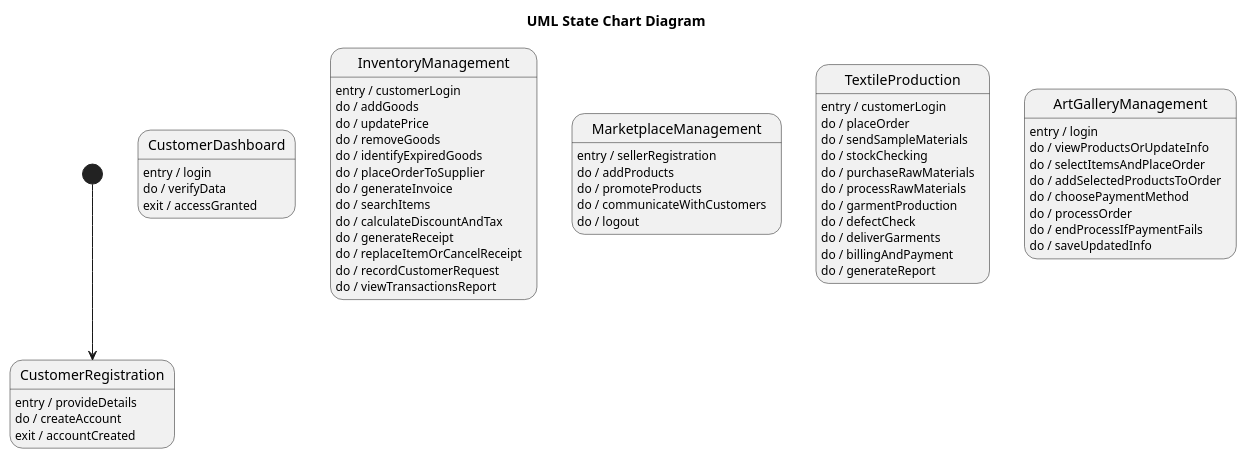
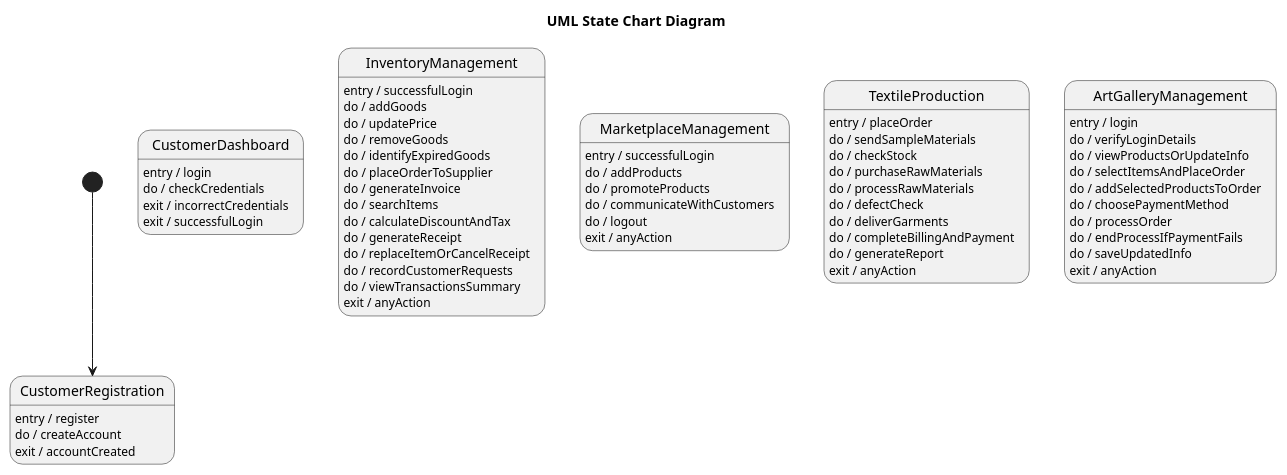
One commit to maimunafaria/State_transition_Diagram_generated_by_LLM changed the diagram in results/plantuml_pipeline_run3/runs/open_source__mistral__rag/case_02_inventory/run_01.initial.puml. Above: the diagram before and after it, drawn with PlantUML. The commit also changed 155 other files, not shown here.

```diff
--- a/results/plantuml_pipeline_run3/runs/open_source__mistral__rag/case_02_inventory/run_01.initial.puml
+++ b/results/plantuml_pipeline_run3/runs/open_source__mistral__rag/case_02_inventory/run_01.initial.puml
@@ -1,59 +1,62 @@
 @startuml
 title UML State Chart Diagram
 
 [*] --> CustomerRegistration
-CustomerRegistration : entry / provideDetails
+CustomerRegistration : entry / register
 CustomerRegistration : do / createAccount
 CustomerRegistration : exit / accountCreated
 
 state CustomerDashboard
 CustomerDashboard : entry / login
-CustomerDashboard : do / verifyData
-CustomerDashboard : exit / accessGranted
+CustomerDashboard : do / checkCredentials
+CustomerDashboard : exit / incorrectCredentials
+CustomerDashboard : exit / successfulLogin
 
 state InventoryManagement
-InventoryManagement : entry / customerLogin
+InventoryManagement : entry / successfulLogin
 InventoryManagement : do / addGoods
 InventoryManagement : do / updatePrice
 InventoryManagement : do / removeGoods
 InventoryManagement : do / identifyExpiredGoods
 InventoryManagement : do / placeOrderToSupplier
 InventoryManagement : do / generateInvoice
 InventoryManagement : do / searchItems
 InventoryManagement : do / calculateDiscountAndTax
 InventoryManagement : do / generateReceipt
 InventoryManagement : do / replaceItemOrCancelReceipt
-InventoryManagement : do / recordCustomerRequest
-InventoryManagement : do / viewTransactionsReport
+InventoryManagement : do / recordCustomerRequests
+InventoryManagement : do / viewTransactionsSummary
+InventoryManagement : exit / anyAction
 
 state MarketplaceManagement
-MarketplaceManagement : entry / sellerRegistration
+MarketplaceManagement : entry / successfulLogin
 MarketplaceManagement : do / addProducts
 MarketplaceManagement : do / promoteProducts
 MarketplaceManagement : do / communicateWithCustomers
 MarketplaceManagement : do / logout
+MarketplaceManagement : exit / anyAction
 
 state TextileProduction
-TextileProduction : entry / customerLogin
-TextileProduction : do / placeOrder
+TextileProduction : entry / placeOrder
 TextileProduction : do / sendSampleMaterials
-TextileProduction : do / stockChecking
+TextileProduction : do / checkStock
 TextileProduction : do / purchaseRawMaterials
 TextileProduction : do / processRawMaterials
-TextileProduction : do / garmentProduction
 TextileProduction : do / defectCheck
 TextileProduction : do / deliverGarments
-TextileProduction : do / billingAndPayment
+TextileProduction : do / completeBillingAndPayment
 TextileProduction : do / generateReport
+TextileProduction : exit / anyAction
 
 state ArtGalleryManagement
 ArtGalleryManagement : entry / login
+ArtGalleryManagement : do / verifyLoginDetails
 ArtGalleryManagement : do / viewProductsOrUpdateInfo
 ArtGalleryManagement : do / selectItemsAndPlaceOrder
 ArtGalleryManagement : do / addSelectedProductsToOrder
 ArtGalleryManagement : do / choosePaymentMethod
 ArtGalleryManagement : do / processOrder
 ArtGalleryManagement : do / endProcessIfPaymentFails
 ArtGalleryManagement : do / saveUpdatedInfo
-
+ArtGalleryManagement : exit / anyAction
 @enduml
```
